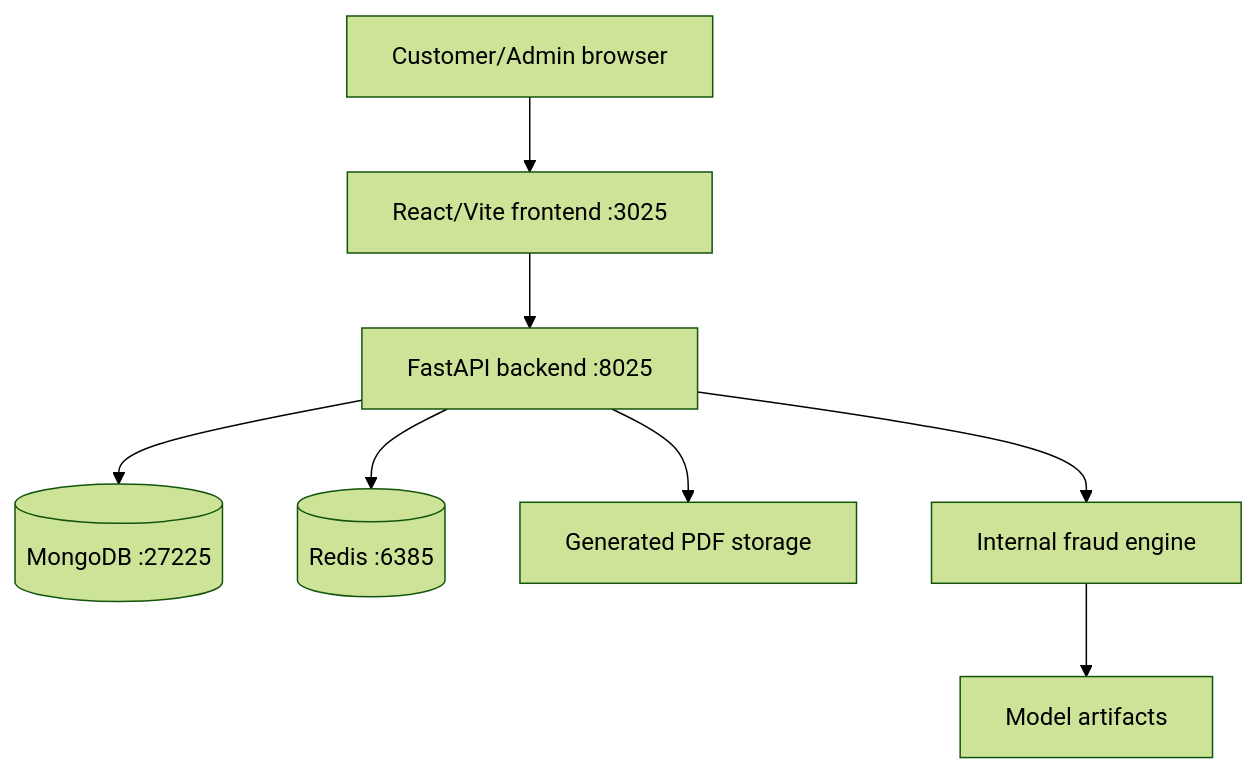
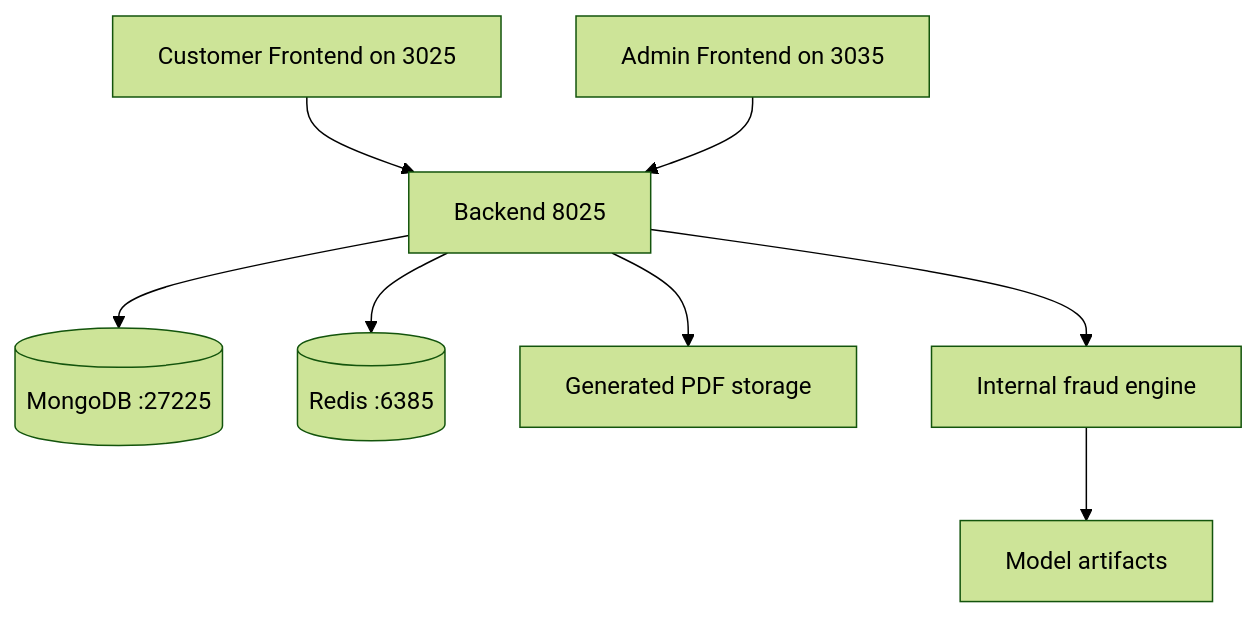
One commit to Shyam-2315/fraud-proof-pdf-platform changed the first of 3 diagrams in docs/ARCHITECTURE.md. Above: the diagram before and after it, drawn with Mermaid (forest theme). The commit also changed other lines of this file and 187 other files, not shown here.

````diff
--- a/docs/ARCHITECTURE.md
+++ b/docs/ARCHITECTURE.md
@@ -5,10 +5,10 @@
 ```mermaid
 flowchart TB
-  Browser[Customer/Admin browser] --> Frontend[React/Vite frontend :3025]
-  Frontend --> Backend[FastAPI backend :8025]
+  Customer[Customer Frontend on 3025] --> Backend[Backend 8025]
+  Admin[Admin Frontend on 3035] --> Backend
   Backend --> Mongo[(MongoDB :27225)]
   Backend --> Redis[(Redis :6385)]
   Backend --> Files[Generated PDF storage]
   Backend --> Engine[Internal fraud engine]
   Engine --> Models[Model artifacts]
 ```
````
